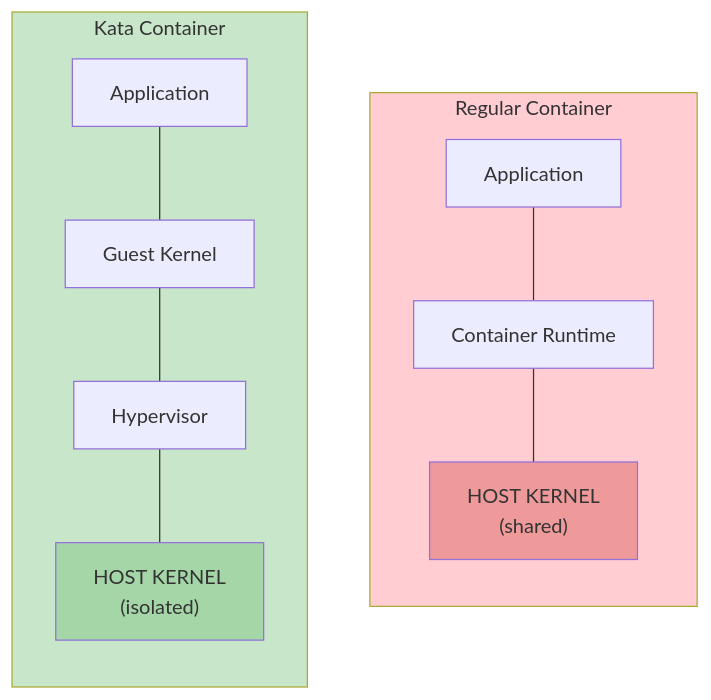
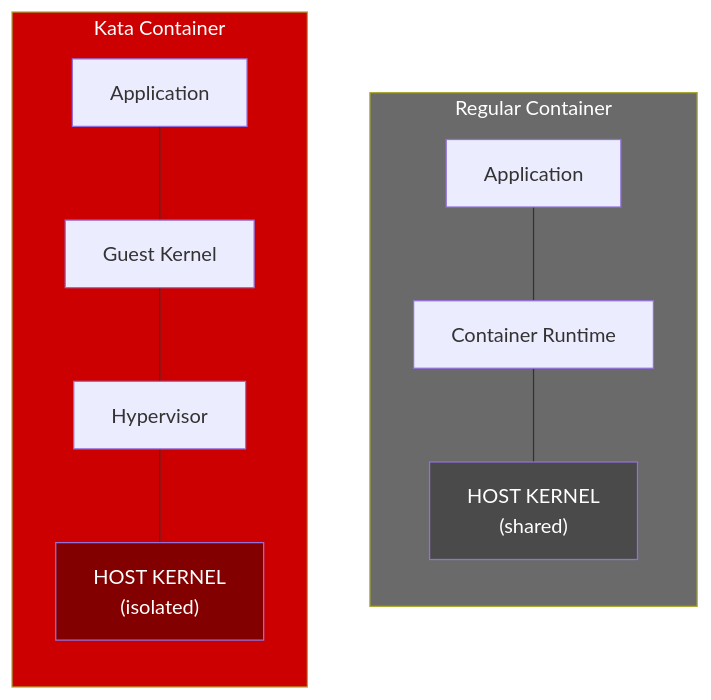
One commit to rrbanda/agent-sandbox-ocp changed the second of 2 diagrams in docs/guides/demo-walkthrough.md. Above: the diagram before and after it, drawn with Mermaid. The commit also changed other lines of this file and 6 other files, not shown here.

First line of the commit message:
Update diagrams: correct layer ordering and Red Hat branding

````diff
--- a/docs/guides/demo-walkthrough.md
+++ b/docs/guides/demo-walkthrough.md
@@ -166,24 +161,24 @@
 ```mermaid
 flowchart TB
     subgraph regular["Regular Container"]
         direction TB
         A1[Application]
         A2[Container Runtime]
         A3["HOST KERNEL<br/>(shared)"]
         A1 --- A2 --- A3
     end
     
     subgraph kata["Kata Container"]
         direction TB
         B1[Application]
         B2[Guest Kernel]
         B3[Hypervisor]
         B4["HOST KERNEL<br/>(isolated)"]
         B1 --- B2 --- B3 --- B4
     end
     
-    style regular fill:#ffcdd2
-    style kata fill:#c8e6c9
-    style A3 fill:#ef9a9a
-    style B4 fill:#a5d6a7
+    style regular fill:#6A6A6A,color:#FFFFFF
+    style kata fill:#CC0000,color:#FFFFFF
+    style A3 fill:#4A4A4A,color:#FFFFFF
+    style B4 fill:#820000,color:#FFFFFF
 ```
````
